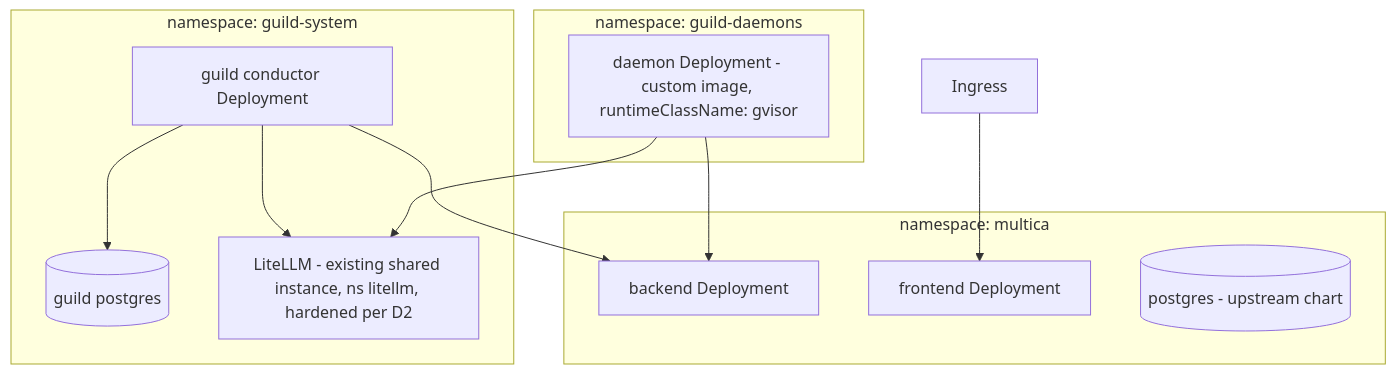
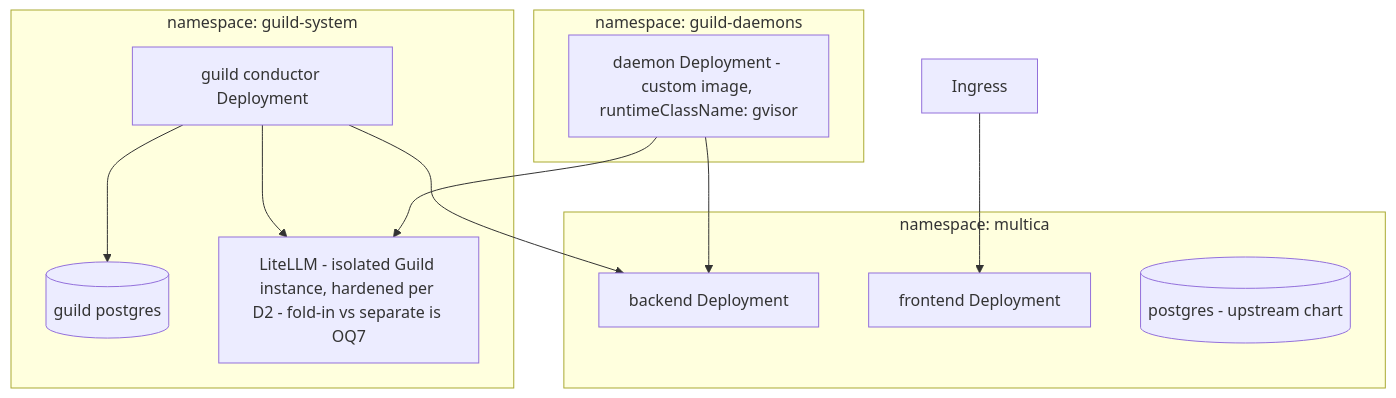
The second of 2 diagrams in docs/ARCHITECTURE.md (maacarbo/guild), drawn with Mermaid before and after one commit. The commit also changed 2 other files, not shown here.

Commit message:
Fix overview verification findings; align stale topology/MVP lines with the 2026-07-30 isolation decision
OVERVIEW.md: two mermaid parse errors (semicolons in sequence labels),
unsourced poll interval and namespace names, F5 reply channel and F1-F2
approval path now respect the CLI-only edge, two table inconsistencies.
ARCHITECTURE.md topology label and PRODUCT.md MVP cut updated off the
superseded shared-LiteLLM / docker-compose-first framing. All 9 mermaid
blocks re-rendered clean with mermaid-cli.

Claude-Session: https://claude.ai/code/session_01EsZY56cowqiWXd73ad6YQd

````diff
--- a/docs/ARCHITECTURE.md
+++ b/docs/ARCHITECTURE.md
@@ -106,22 +106,22 @@
 ```mermaid
 flowchart TB
     subgraph ns1["namespace: multica"]
         BE[backend Deployment]
         FE[frontend Deployment]
         MPG[(postgres - upstream chart)]
     end
     subgraph ns2["namespace: guild-system"]
         GC[guild conductor Deployment]
         GPG[(guild postgres)]
-        LLM2[LiteLLM - existing shared instance, ns litellm, hardened per D2]
+        LLM2[LiteLLM - isolated Guild instance, hardened per D2 - fold-in vs separate is OQ7]
     end
     subgraph ns3["namespace: guild-daemons"]
         D1[daemon Deployment - custom image, runtimeClassName: gvisor]
     end
     ING[Ingress] --> FE
     GC --> BE
     D1 --> BE
     D1 --> LLM2
     GC --> LLM2
     GC --> GPG
 ```
````
